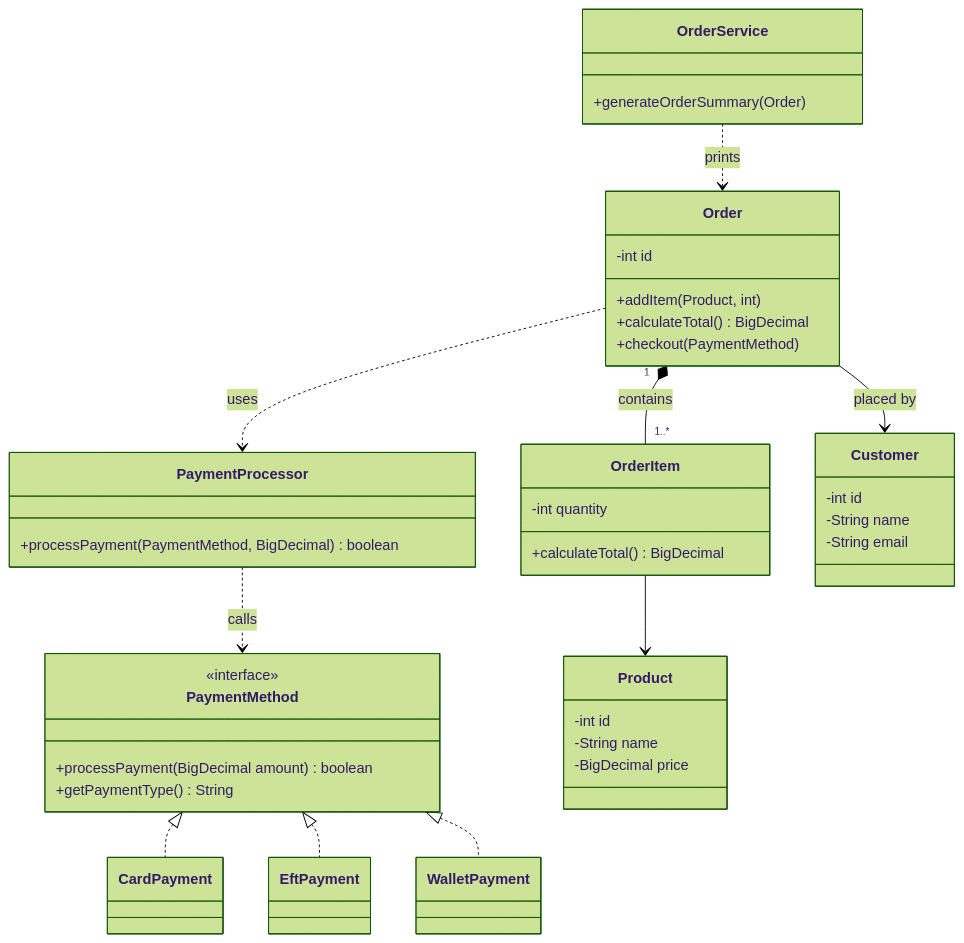
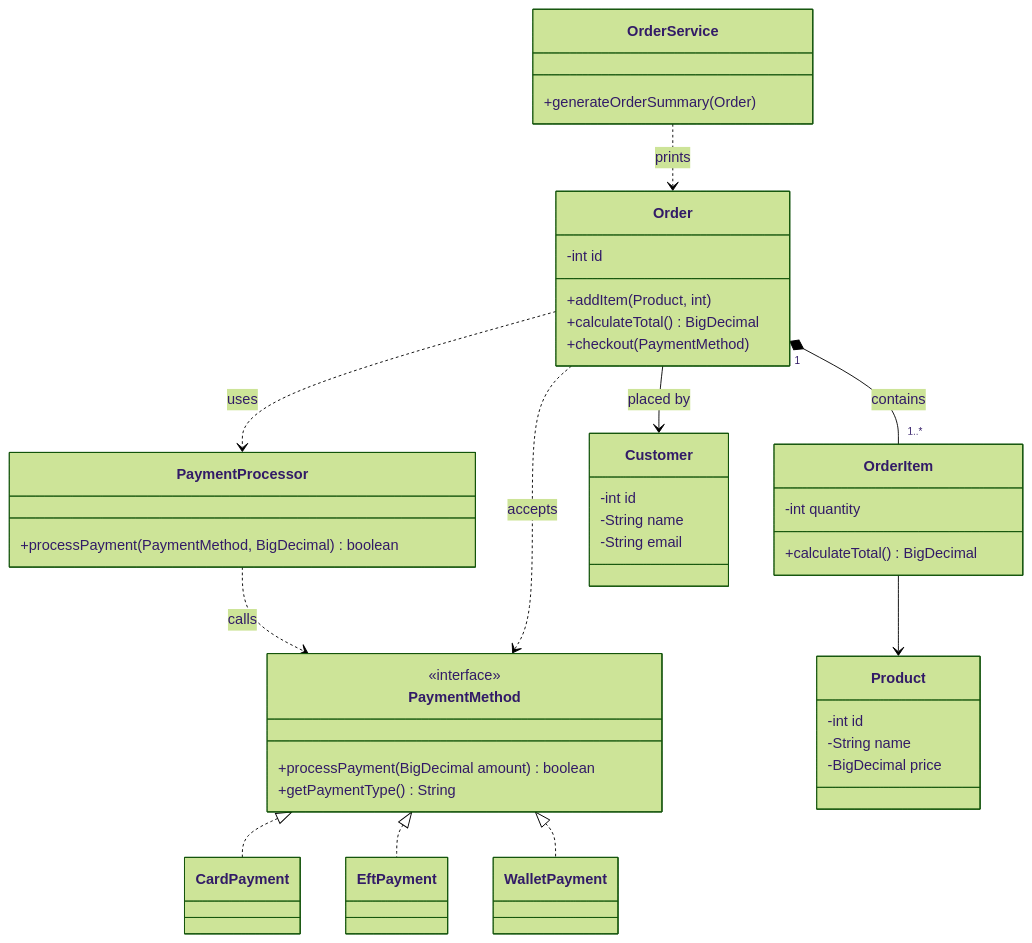
The second of 2 diagrams in README.md (Umuzi-skillslab/merchant-order-desk-and-catalogue-engine-mmasellomanabile-umuzi), drawn with Mermaid (forest theme) before and after one commit. The commit also changed other lines of this file, not shown here.

````diff
--- a/README.md
+++ b/README.md
@@ -250,47 +290,48 @@
 ```mermaid
 classDiagram
     class PaymentMethod {
         <<interface>>
         +processPayment(BigDecimal amount) boolean
         +getPaymentType() String
     }
     class CardPayment
     class EftPayment
     class WalletPayment
     class PaymentProcessor {
         +processPayment(PaymentMethod, BigDecimal) boolean
     }
     class Order {
         -int id
         +addItem(Product, int)
         +calculateTotal() BigDecimal
         +checkout(PaymentMethod)
     }
     class OrderItem {
         -int quantity
         +calculateTotal() BigDecimal
     }
     class Product {
         -int id
         -String name
         -BigDecimal price
     }
     class Customer {
         -int id
         -String name
         -String email
     }
     class OrderService {
         +generateOrderSummary(Order)
     }
 
     PaymentMethod <|.. CardPayment
     PaymentMethod <|.. EftPayment
     PaymentMethod <|.. WalletPayment
     PaymentProcessor ..> PaymentMethod : calls
+    Order ..> PaymentMethod : accepts
     Order ..> PaymentProcessor : uses
     Order --> Customer : placed by
     Order "1" *-- "1..*" OrderItem : contains
     OrderItem --> Product
     OrderService ..> Order : prints
 ```
````
